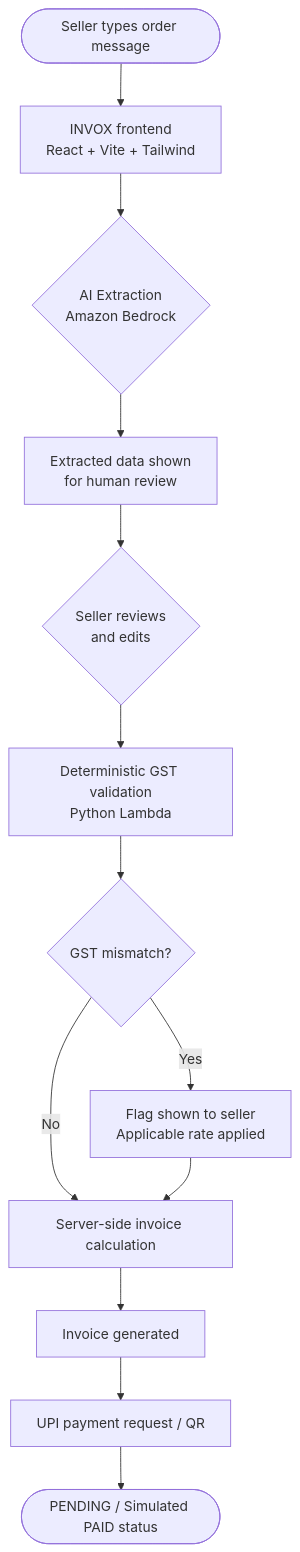
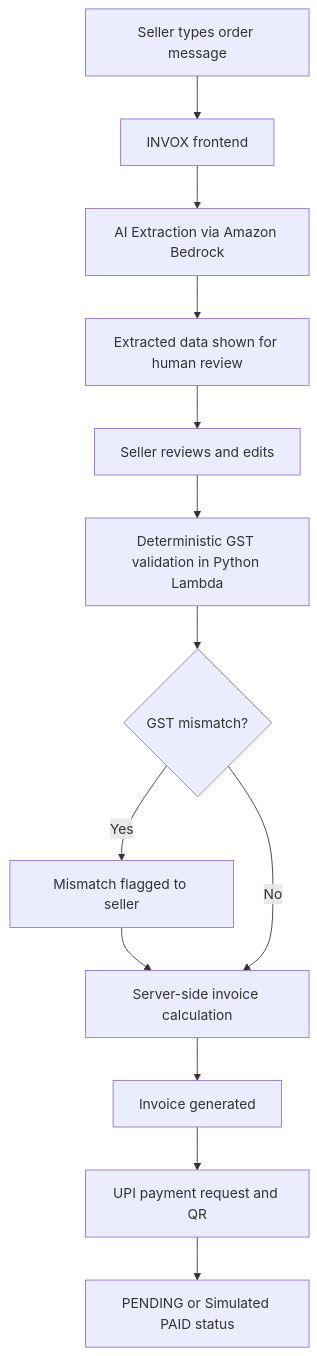
One commit to the-nidhi-bhat/Invox changed the first of 4 diagrams in README.md. Above: the diagram before and after it, drawn with Mermaid. The commit also changed other lines of this file and 2 other files, not shown here.

Commit message:
docs: correct README architecture and project status

````diff
--- a/README.md
+++ b/README.md
@@ -27,15 +27,15 @@
 ```mermaid
 flowchart TD
-    A([Seller types order message]) --> B[INVOX frontend\nReact + Vite + Tailwind]
-    B --> C{AI Extraction\nAmazon Bedrock}
-    C --> D[Extracted data shown\nfor human review]
-    D --> E{Seller reviews\nand edits}
-    E --> F[Deterministic GST validation\nPython Lambda]
-    F --> G{GST mismatch?}
-    G -- Yes --> H[Flag shown to seller\nApplicable rate applied]
-    G -- No --> I[Server-side invoice calculation]
-    H --> I
-    I --> J[Invoice generated]
-    J --> K[UPI payment request / QR]
-    K --> L([PENDING / Simulated PAID status])
+    A["Seller types order message"] --> B["INVOX frontend"]
+    B --> C["AI Extraction via Amazon Bedrock"]
+    C --> D["Extracted data shown for human review"]
+    D --> E["Seller reviews and edits"]
+    E --> F["Deterministic GST validation in Python Lambda"]
+    F --> G{"GST mismatch?"}
+    G -- Yes --> H["Mismatch flagged to seller"]
+    H --> I["Server-side invoice calculation"]
+    G -- No --> I
+    I --> J["Invoice generated"]
+    J --> K["UPI payment request and QR"]
+    K --> L["PENDING or Simulated PAID status"]
 ```
````
